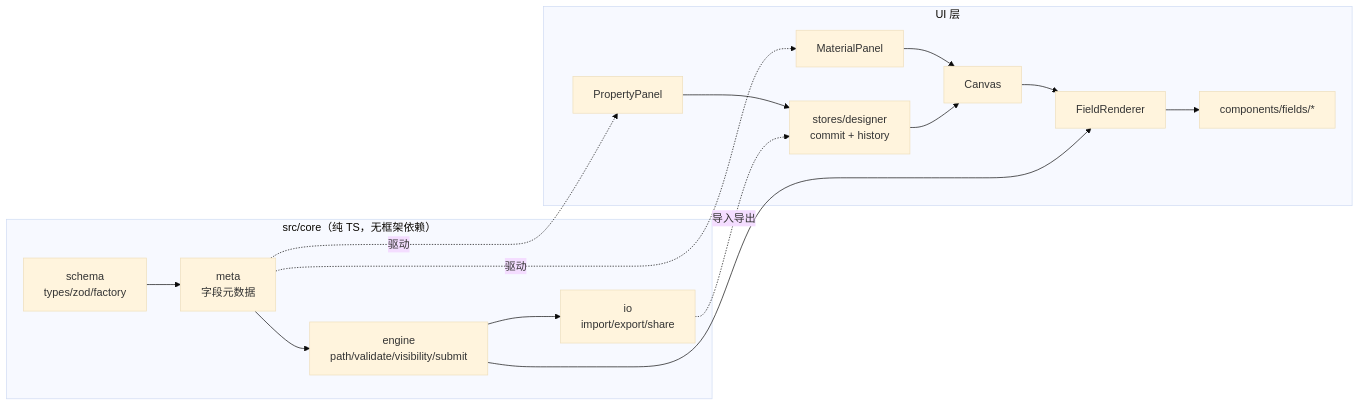
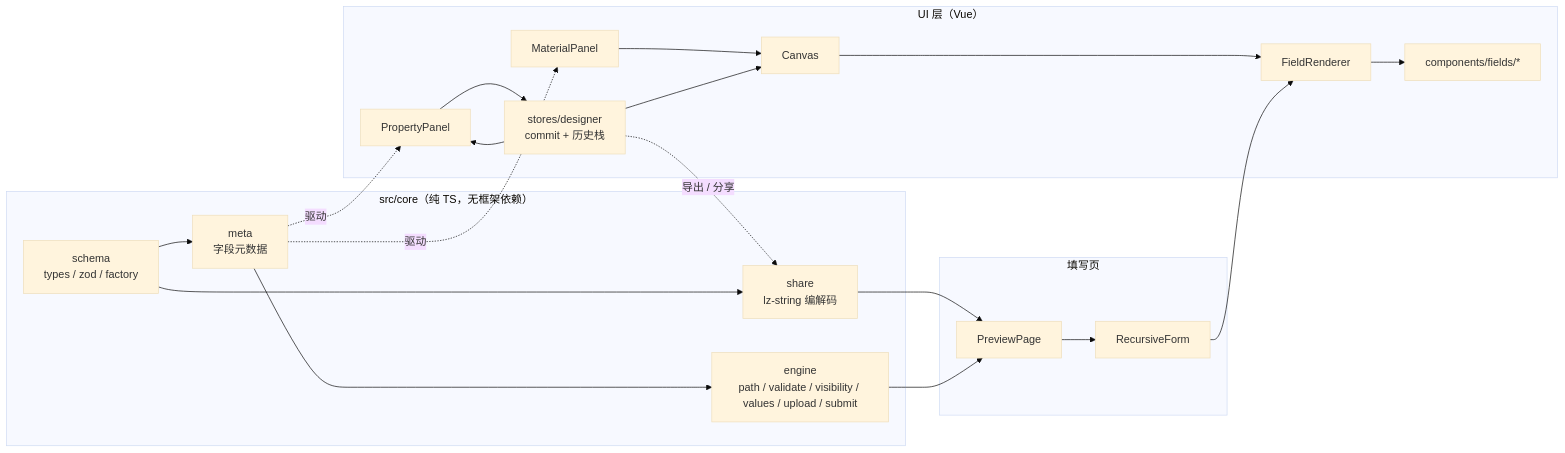
One commit to LiuYapeng00/form-builder changed the diagram in README.md. Above: the diagram before and after it, drawn with Mermaid (base theme). The commit also changed other lines of this file and 2 other files, not shown here.

Commit message:
docs: T27 rewrite README with architecture schema and demo

````diff
--- a/README.md
+++ b/README.md
@@ -35,21 +53,28 @@
 ```mermaid
 flowchart LR
   subgraph core["src/core（纯 TS，无框架依赖）"]
-    S[schema<br/>types/zod/factory] --> M[meta<br/>字段元数据]
-    M --> E[engine<br/>path/validate/visibility/submit]
-    E --> IO[io<br/>import/export/share]
+    S[schema<br/>types / zod / factory] --> M[meta<br/>字段元数据]
+    M --> E[engine<br/>path / validate / visibility / values / upload / submit]
+    S --> SH[share<br/>lz-string 编解码]
   end
 
-  subgraph ui["UI 层"]
+  subgraph ui["UI 层（Vue）"]
     MP[MaterialPanel] --> CV[Canvas]
     CV --> FR[FieldRenderer]
     FR --> FC[components/fields/*]
-    PP[PropertyPanel] --> ST[stores/designer<br/>commit + history]
+    PP[PropertyPanel] --> ST[stores/designer<br/>commit + 历史栈]
+    ST --> CV
+    ST --> PP
+  end
+
+  subgraph page["填写页"]
+    PV[PreviewPage] --> RF[RecursiveForm]
+    RF --> FR
+    SH --> PV
+    E --> PV
   end
 
   M -.驱动.-> MP
   M -.驱动.-> PP
-  E --> FR
-  ST --> CV
-  IO -.导入导出.-> ST
+  ST -.导出 / 分享.-> SH
 ```
````
